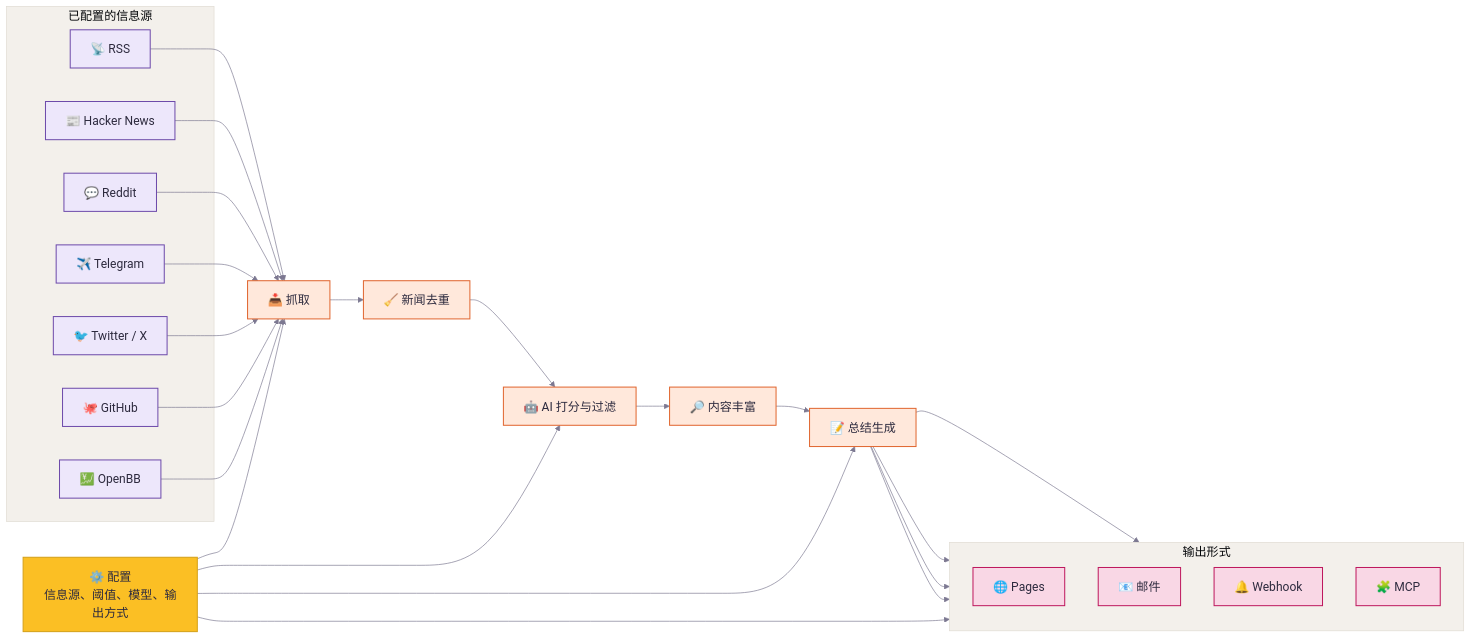
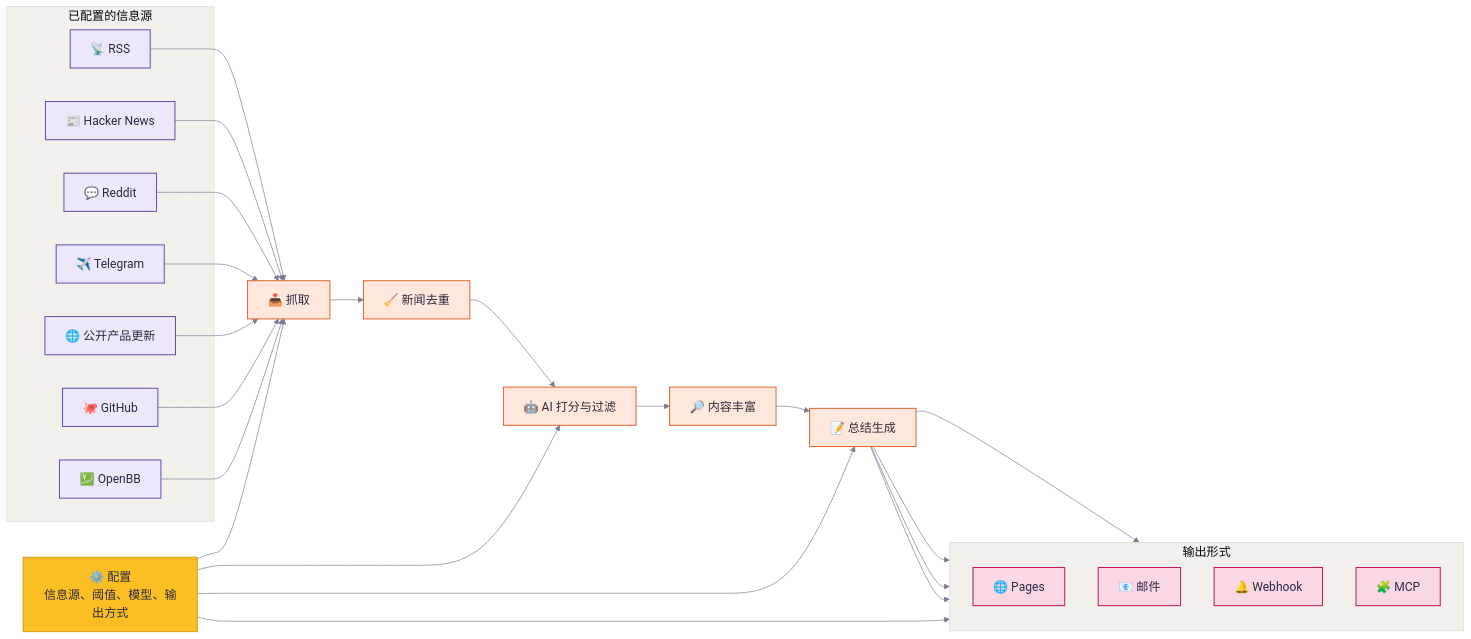
One commit to Hank-Hee/News-Notification changed the diagram in README_zh.md. Above: the diagram before and after it, drawn with Mermaid. The commit also changed other lines of this file and 35 other files, not shown here.

````diff
--- a/README_zh.md
+++ b/README_zh.md
@@ -93,70 +93,70 @@
 ```mermaid
 %%{init: {
   "theme": "base",
   "themeVariables": {
     "fontFamily": "ui-sans-serif, system-ui, -apple-system, BlinkMacSystemFont, Segoe UI, sans-serif",
     "fontSize": "18px",
     "primaryTextColor": "#2d2a3e",
     "primaryBorderColor": "#e0dbd3",
     "lineColor": "#7c7891",
     "tertiaryColor": "#faf8f5",
     "clusterBkg": "#f3f0eb",
     "clusterBorder": "#e0dbd3"
   }
 }}%%
 flowchart LR
     classDef config fill:#fbbf24,stroke:#d4a017,color:#2d2a3e,stroke-width:1.5px;
     classDef source fill:#ede7fb,stroke:#6d4aaa,color:#2d2a3e,stroke-width:1.5px;
     classDef process fill:#ffe8db,stroke:#e0652e,color:#2d2a3e,stroke-width:1.5px;
     classDef output fill:#f9d7e5,stroke:#be185d,color:#2d2a3e,stroke-width:1.5px;
 
     config["⚙️ 配置<br/>信息源、阈值、模型、输出方式"]
 
      subgraph sources["已配置的信息源"]
          rss["📡 RSS"]
          hn["📰 Hacker News"]
          reddit["💬 Reddit"]
          telegram["✈️ Telegram"]
-         twitter["🐦 Twitter / X"]
+         publicweb["🌐 公开产品更新"]
          github["🐙 GitHub"]
          openbb["💹 OpenBB"]
       end
 
     fetch["📥 抓取"]
     dedup["🧹 新闻去重"]
     score["🤖 AI 打分与过滤"]
     enrich["🔎 内容丰富"]
     summary["📝 总结生成"]
 
     subgraph outputs["输出形式"]
         direction TB
         site["🌐 Pages"]
         email["📧 邮件"]
         webhook["🔔 Webhook"]
         mcp["🧩 MCP"]
     end
 
      config --> fetch
      rss --> fetch
      hn --> fetch
      reddit --> fetch
       telegram --> fetch
-      twitter --> fetch
+      publicweb --> fetch
       github --> fetch
       openbb --> fetch
 
     fetch --> dedup --> score --> enrich --> summary
     config --> score
     config --> summary
     config --> outputs
 
     summary --> site
     summary --> email
     summary --> webhook
     summary --> mcp
 
     class config config
-    class rss,hn,reddit,telegram,twitter,github,openbb source
+    class rss,hn,reddit,telegram,publicweb,github,openbb source
     class fetch,dedup,score,enrich,summary process
     class site,email,webhook,mcp output
 ```
````
